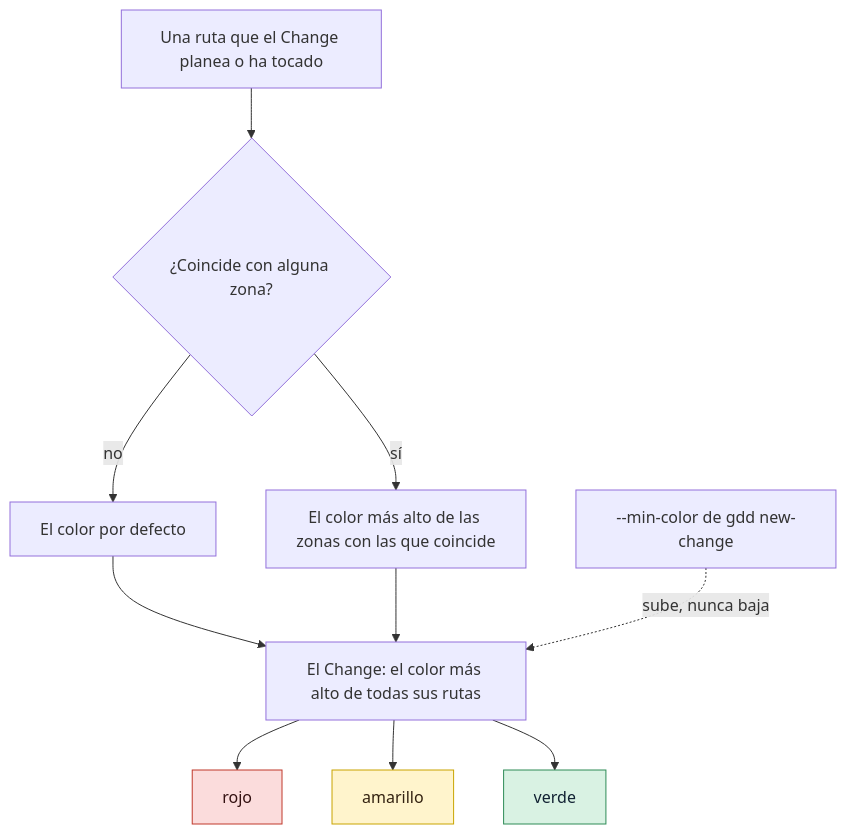
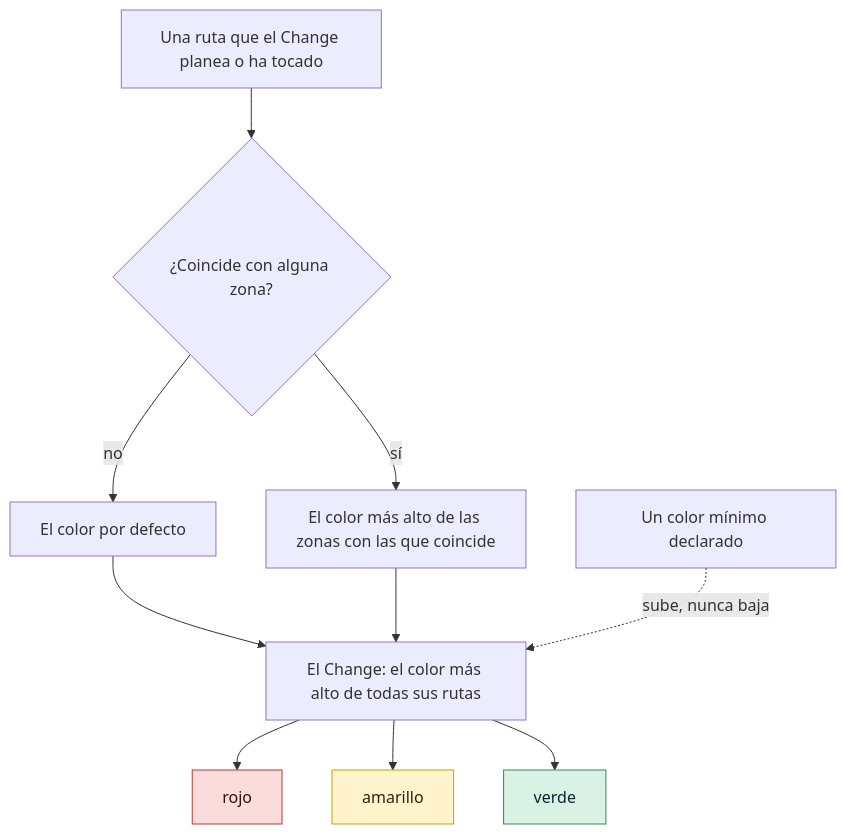
One commit to MarsGotta/gdd changed the diagram in docs/es/how-to/red-zones.md. Above: the diagram before and after it, drawn with Mermaid. The commit also changed other lines of this file and 210 other files, not shown here.

````diff
--- a/docs/es/how-to/red-zones.md
+++ b/docs/es/how-to/red-zones.md
@@ -24,15 +24,15 @@
 ```mermaid
 flowchart TD
     P[Una ruta que el Change planea o ha tocado] --> M{"¿Coincide con alguna zona?"}
     M -- no --> D[El color por defecto]
     M -- "sí" --> H["El color más alto de las zonas con las que coincide"]
     D --> C["El Change: el color más alto de todas sus rutas"]
     H --> C
-    MC["--min-color de gdd new-change"] -. sube, nunca baja .-> C
+    MC[Un color mínimo declarado] -. sube, nunca baja .-> C
     C --> R[rojo]:::red
     C --> Y[amarillo]:::yellow
     C --> G[verde]:::green
     classDef green fill:#d9f2e3,stroke:#2e8b57,color:#123
     classDef yellow fill:#fff4cc,stroke:#c9a400,color:#321
     classDef red fill:#fbdcdc,stroke:#c0392b,color:#311
 ```
````
